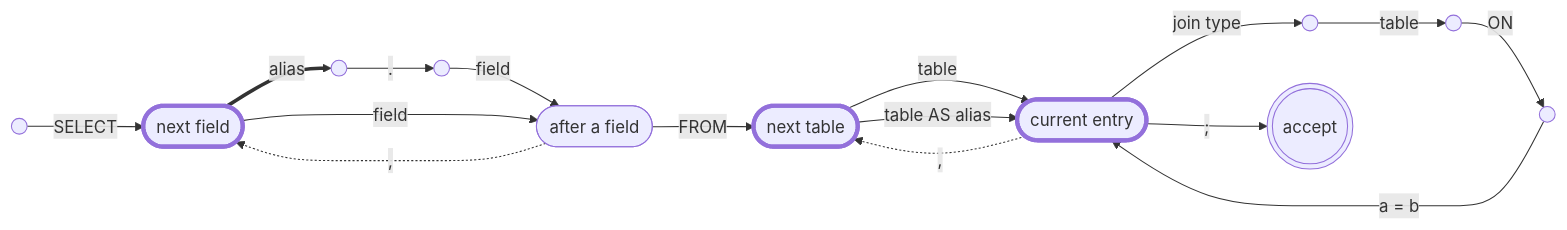
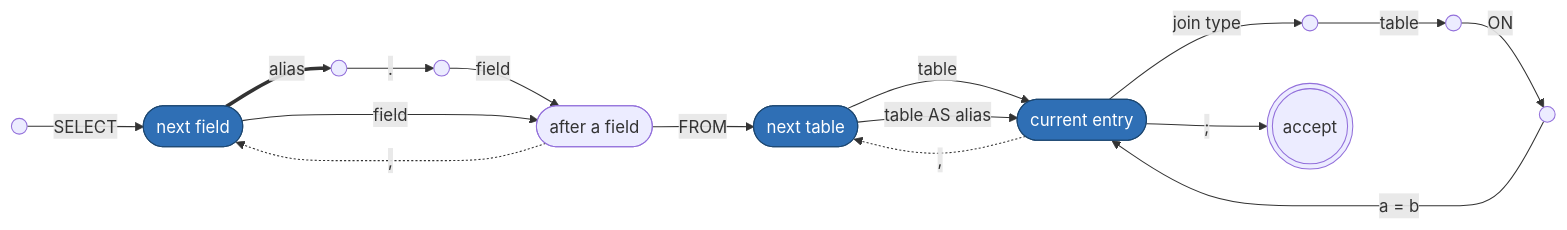
The second of 2 diagrams in README.md (pinting/oraculum), drawn with Mermaid before and after one commit. The commit also changed other lines of this file, not shown here.

Commit message:
Updated README's graph styling

````diff
--- a/README.md
+++ b/README.md
@@ -179,27 +180,26 @@
 ```mermaid
 graph LR
     q0(( )) -->|SELECT| ref
 
     ref(["next field"]) ==>|alias| q1(( ))
     q1 -->|"."| q2(( ))
     q2 -->|field| more(["after a field"])
     ref -->|field| more
 
     more -.->|","| ref
     more -->|FROM| entry
 
     entry(["next table"]) -->|table| head(["current entry"])
     entry -->|"table AS alias"| head
 
     head -->|"join type"| j1(( ))
     j1 -->|table| j2(( ))
     j2 -->|ON| j3(( ))
     j3 -->|"a = b"| head
 
     head -.->|","| entry
     head -->|";"| accept(((accept)))
 
-    style ref stroke-width:4px
-    style entry stroke-width:4px
-    style head stroke-width:4px
+    classDef latent fill:#2f6fb5,stroke:#1b4670,color:#ffffff
+    class ref,entry,head latent
 ```
````
